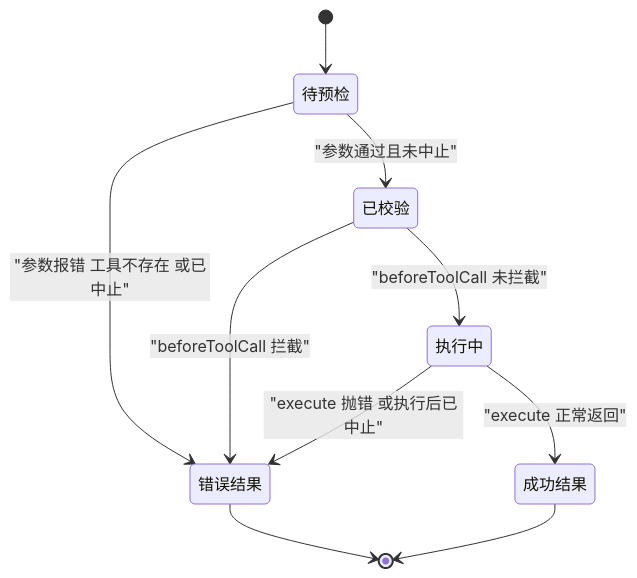
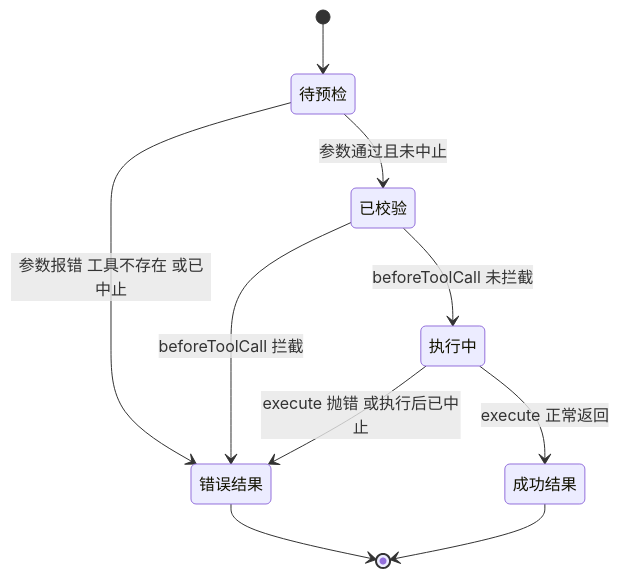
One commit to Shyu-x/frontend-interview changed the eighth of 9 diagrams in docs/agent/harness/tool-calling-protocol.md. Above: the diagram before and after it, drawn with Mermaid. The commit also changed other lines of this file and 23 other files, not shown here.

First line of the commit message:
fix(docs): 修复 28 张无法渲染的 Mermaid 图，新增真实解析器校验与 PDF 下载页

````diff
--- a/docs/agent/harness/tool-calling-protocol.md
+++ b/docs/agent/harness/tool-calling-protocol.md
@@ -1489,17 +1489,17 @@
 ```mermaid
 stateDiagram-v2
   state "待预检" as s1
   state "已校验" as s2
   state "执行中" as s3
   state "错误结果" as s4
   state "成功结果" as s5
   [*] --> s1
-  s1 --> s2 : "参数通过且未中止"
-  s1 --> s4 : "参数报错 工具不存在 或已中止"
-  s2 --> s3 : "beforeToolCall 未拦截"
-  s2 --> s4 : "beforeToolCall 拦截"
-  s3 --> s5 : "execute 正常返回"
-  s3 --> s4 : "execute 抛错 或执行后已中止"
+  s1 --> s2: 参数通过且未中止
+  s1 --> s4: 参数报错 工具不存在 或已中止
+  s2 --> s3: beforeToolCall 未拦截
+  s2 --> s4: beforeToolCall 拦截
+  s3 --> s5: execute 正常返回
+  s3 --> s4: execute 抛错 或执行后已中止
   s4 --> [*]
   s5 --> [*]
 ```
````
